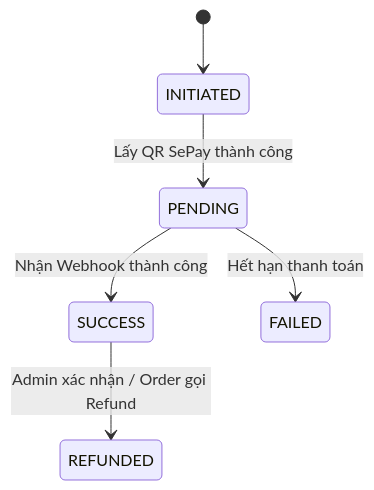
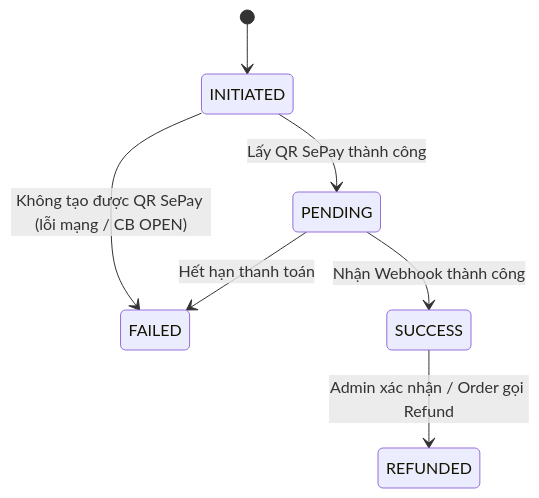
One commit to software-design-138gogo/tickefy-backend changed the diagram in docs/contracts/services/payment-service.md. Above: the diagram before and after it, drawn with Mermaid. The commit also changed other lines of this file and 17 other files, not shown here.

Commit message:
docs: refactor service and flow specifications; remove outdated templates and update service contracts

````diff
--- a/docs/contracts/services/payment-service.md
+++ b/docs/contracts/services/payment-service.md
@@ -108,8 +110,9 @@
 ```mermaid
 stateDiagram-v2
     [*] --> INITIATED
     INITIATED --> PENDING : Lấy QR SePay thành công
+    INITIATED --> FAILED : Không tạo được QR SePay (lỗi mạng / CB OPEN)
     PENDING --> SUCCESS : Nhận Webhook thành công
     PENDING --> FAILED : Hết hạn thanh toán
     SUCCESS --> REFUNDED : Admin xác nhận / Order gọi Refund
 ```
````
